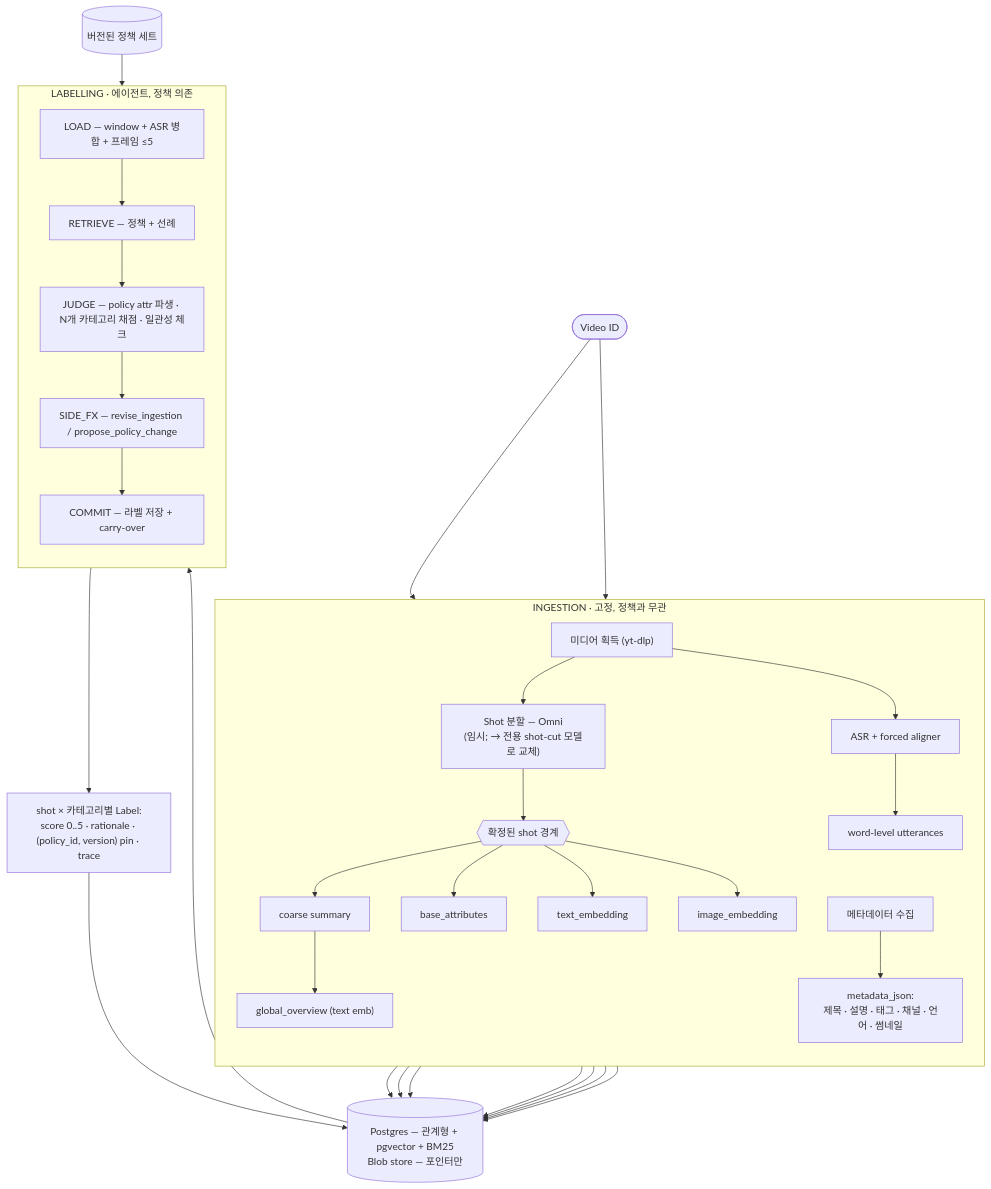
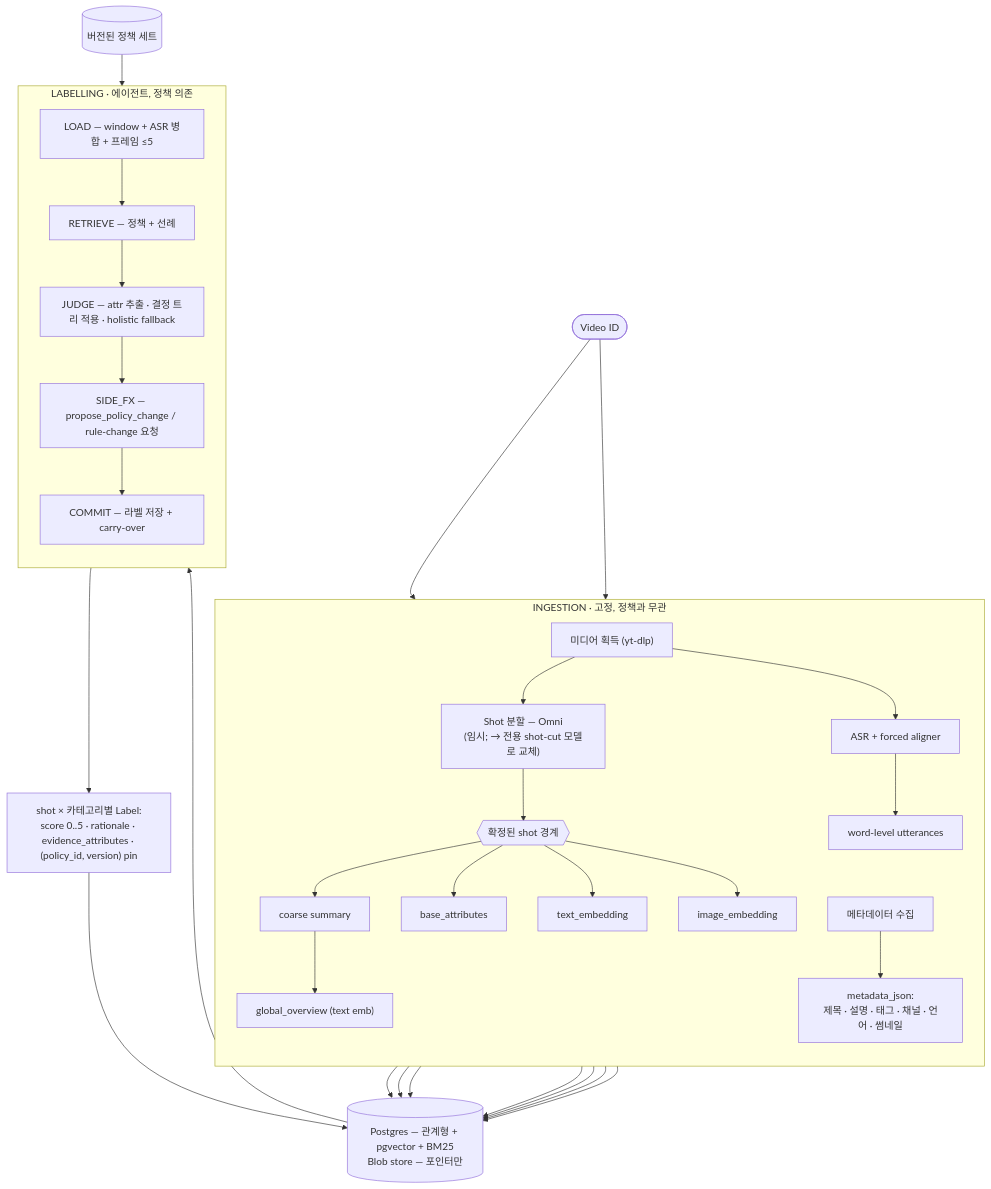
The diagram in docs/DATA_FLOW.ko.md (jhoowy/GV-Auto-Labelling-Agent), drawn with Mermaid before and after one commit. The commit also changed other lines of this file and 5 other files, not shown here.

First line of the commit message:
Update docs to match the policy redesign (attribute-driven JUDGE, decision tree, provenance)

````diff
--- a/docs/DATA_FLOW.ko.md
+++ b/docs/DATA_FLOW.ko.md
@@ -9,48 +9,48 @@
 ```mermaid
 flowchart TB
   VID(["Video ID"])
 
   subgraph ING["INGESTION · 고정, 정책과 무관"]
     direction TB
     ACQ["미디어 획득 (yt-dlp)"]
     MET["메타데이터 수집"]
     SEG["Shot 분할 — Omni<br/>(임시; → 전용 shot-cut 모델로 교체)"]
     BND{{"확정된 shot 경계"}}
     SUM["coarse summary"]
     ATT["base_attributes"]
     TE["text_embedding"]
     IE["image_embedding"]
     ASR["ASR + forced aligner"]
     UTT["word-level utterances"]
     GOV["global_overview (text emb)"]
     MJ["metadata_json:<br/>제목 · 설명 · 태그 · 채널 · 언어 · 썸네일"]
 
     ACQ --> SEG --> BND
     BND --> SUM & ATT & TE & IE
     ACQ --> ASR --> UTT
     SUM --> GOV
     MET --> MJ
   end
 
   VID --> ACQ & MET
 
   STORE[("Postgres — 관계형 + pgvector + BM25<br/>Blob store — 포인터만")]
   POL[("버전된 정책 세트")]
 
   SUM & ATT & TE & IE & GOV & UTT & MJ --> STORE
 
   subgraph LAB["LABELLING · 에이전트, 정책 의존"]
     direction TB
     LOAD["LOAD — window + ASR 병합 + 프레임 ≤5"]
     RET["RETRIEVE — 정책 + 선례"]
-    JUDGE["JUDGE — policy attr 파생 · N개 카테고리 채점 · 일관성 체크"]
-    SFX["SIDE_FX — revise_ingestion / propose_policy_change"]
+    JUDGE["JUDGE — attr 추출 · 결정 트리 적용 · holistic fallback"]
+    SFX["SIDE_FX — propose_policy_change / rule-change 요청"]
     COM["COMMIT — 라벨 저장 + carry-over"]
     LOAD --> RET --> JUDGE --> SFX --> COM
   end
 
   STORE --> LOAD
   POL --> RET
-  COM --> LBL["shot × 카테고리별 Label:<br/>score 0..5 · rationale · (policy_id, version) pin · trace"]
+  COM --> LBL["shot × 카테고리별 Label:<br/>score 0..5 · rationale · evidence_attributes · (policy_id, version) pin"]
   LBL --> STORE
 ```
````
